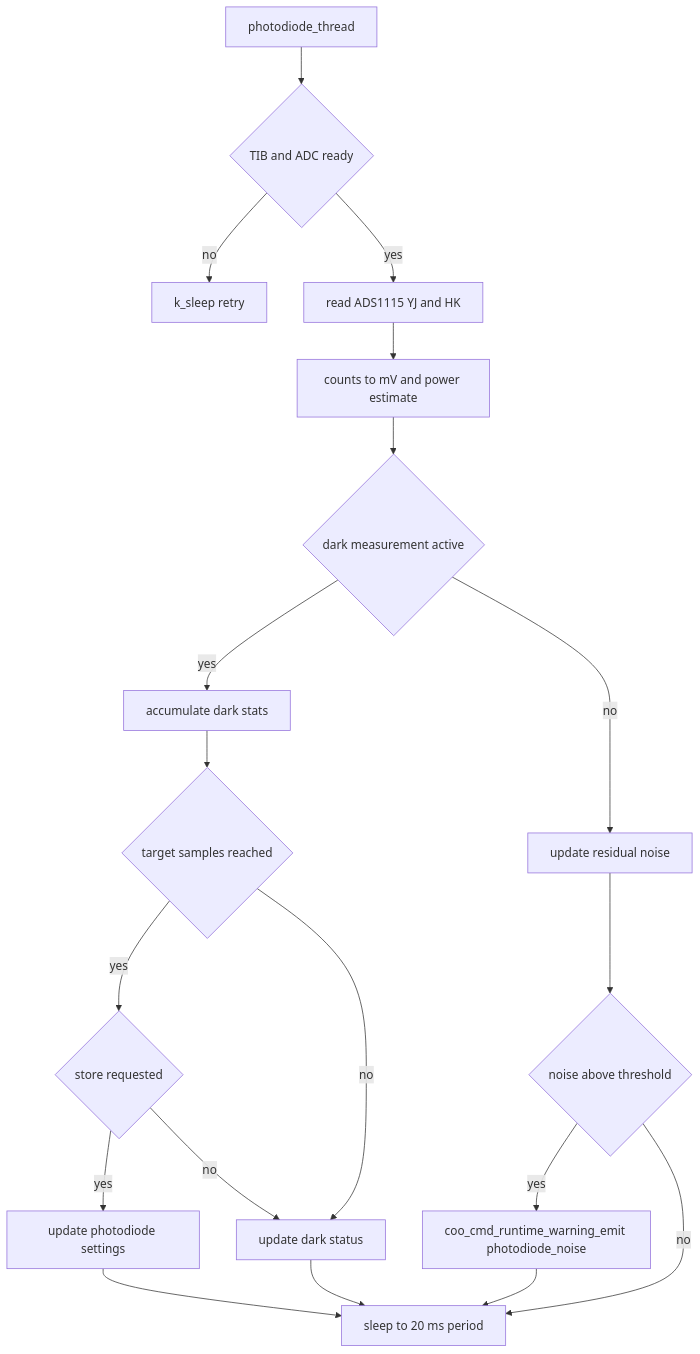
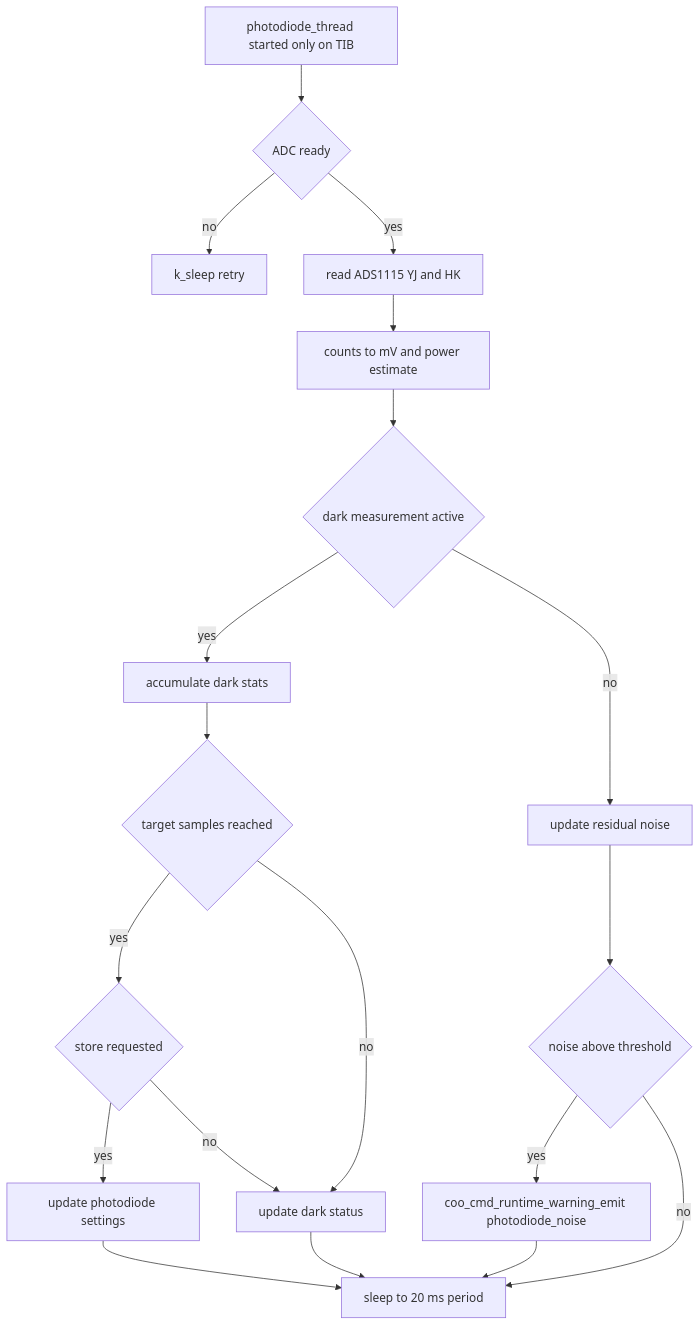
The tenth of 22 diagrams in doc/diagrams.md (COO-Utilities/hispec-tib), drawn with Mermaid before and after one commit. The commit also changed other lines of this file and 14 other files, not shown here.

````diff
--- a/doc/diagrams.md
+++ b/doc/diagrams.md
@@ -187,21 +190,21 @@
 ```mermaid
 flowchart TD
-  Thread[photodiode_thread] --> Board{TIB and ADC ready}
-  Board -- no --> Sleep[k_sleep retry]
-  Board -- yes --> Sample[read ADS1115 YJ and HK]
+  Thread[photodiode_thread started only on TIB] --> Adc{ADC ready}
+  Adc -- no --> Sleep[k_sleep retry]
+  Adc -- yes --> Sample[read ADS1115 YJ and HK]
   Sample --> Convert[counts to mV and power estimate]
   Convert --> Dark{dark measurement active}
   Dark -- yes --> Accumulate[accumulate dark stats]
   Accumulate --> Complete{target samples reached}
   Complete -- yes --> Store{store requested}
   Store -- yes --> Persist[update photodiode settings]
   Store -- no --> Status[update dark status]
   Complete -- no --> Status
   Dark -- no --> Noise[update residual noise]
   Status --> SleepPeriod[sleep to 20 ms period]
   Persist --> SleepPeriod
   Noise --> Warn{noise above threshold}
   Warn -- yes --> Emit[coo_cmd_runtime_warning_emit photodiode_noise]
   Warn -- no --> SleepPeriod
   Emit --> SleepPeriod
 ```
````
